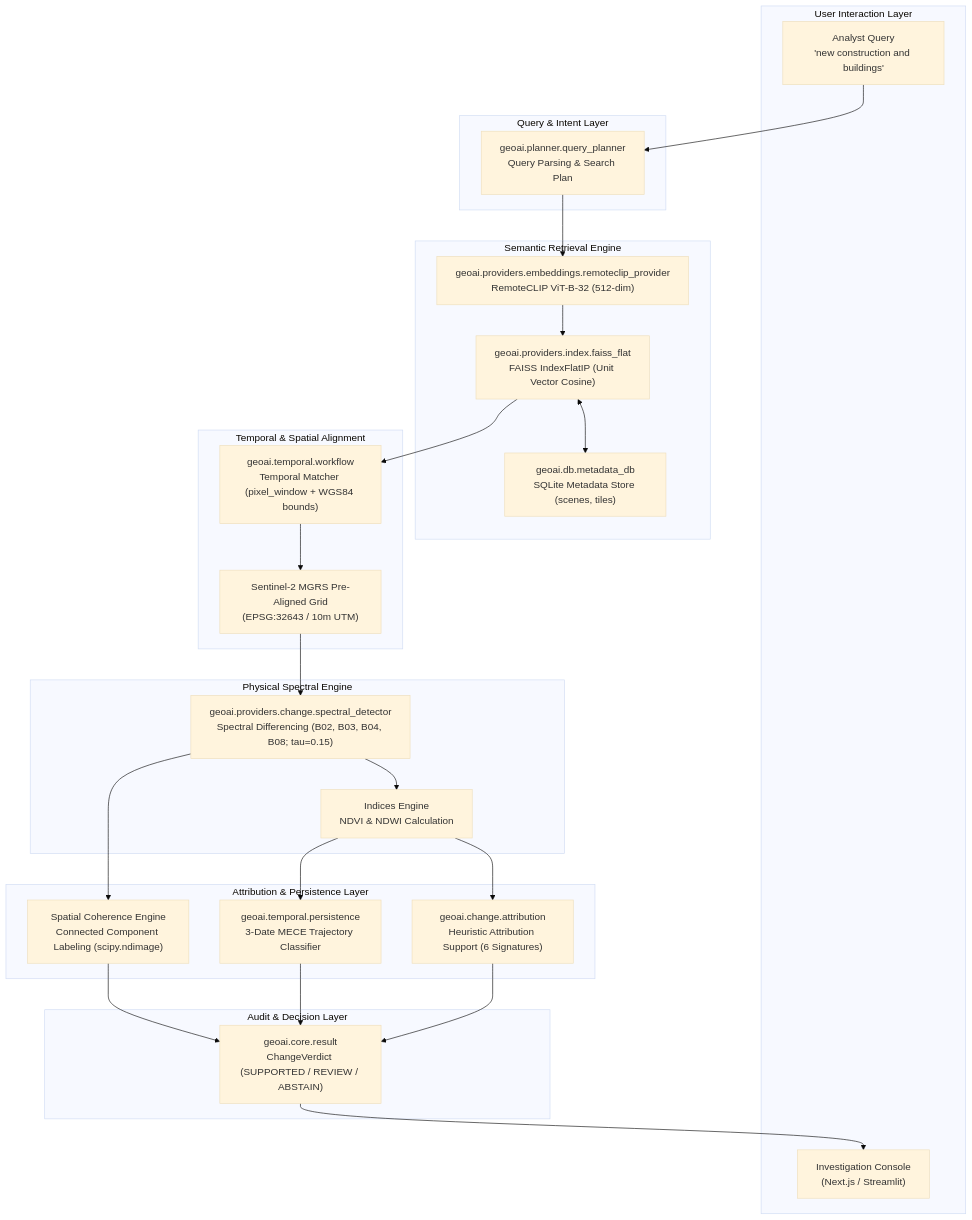
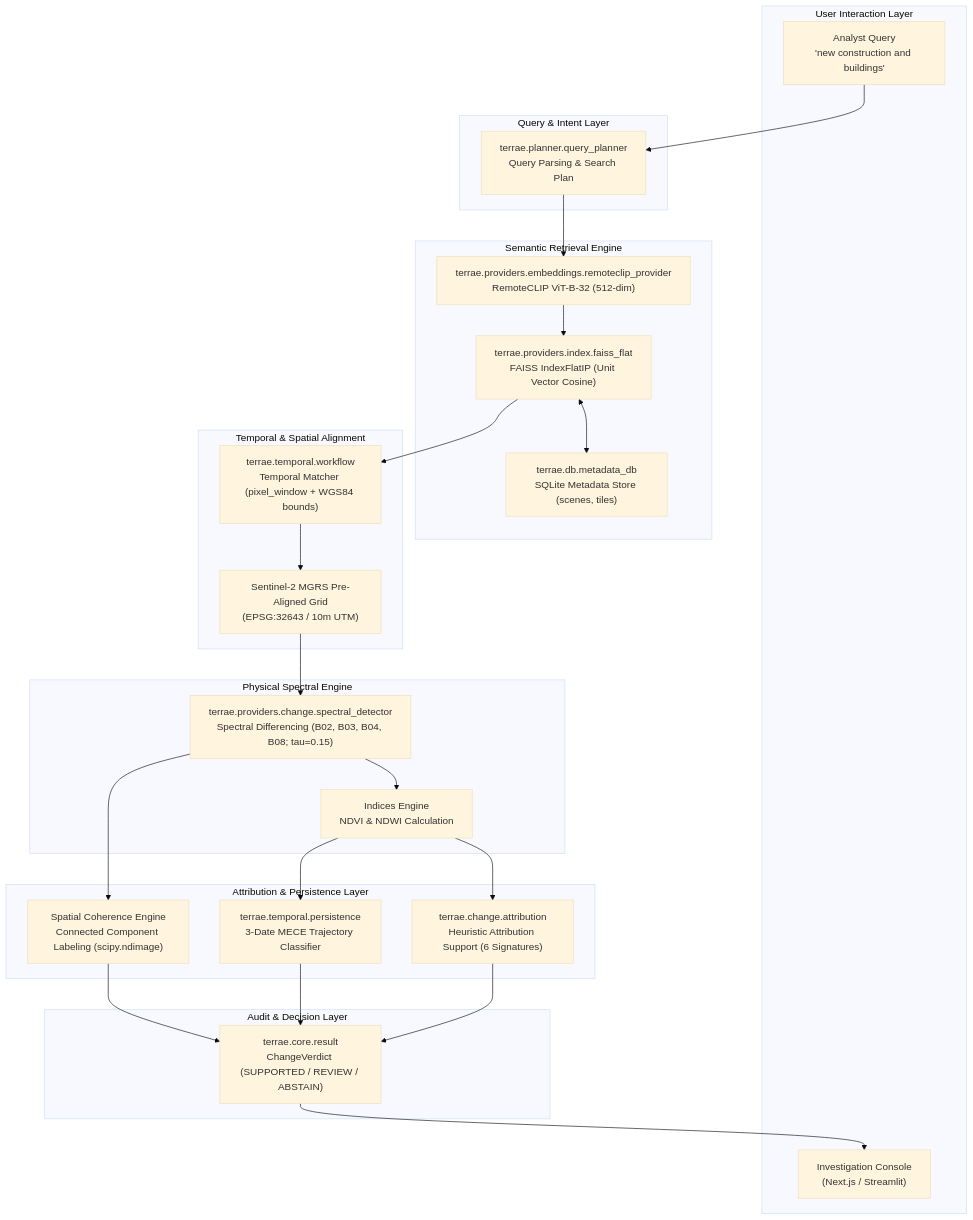
Before and after one commit to PhantomCipher13/terrae-geospatial-intelligence: the diagram in REPORT.md, drawn with Mermaid (base theme). The commit also changed other lines of this file and 124 other files, not shown here.

Commit message:
refactor: rename geoai to terrae across package, imports, databases, and docs

````diff
--- a/REPORT.md
+++ b/REPORT.md
@@ -71,53 +71,53 @@
 ```mermaid
 flowchart TD
     subgraph UI ["User Interaction Layer"]
         Q["Analyst Query\n'new construction and buildings'"]
         WS["Investigation Console\n(Next.js / Streamlit)"]
     end
 
     subgraph Intent ["Query & Intent Layer"]
-        QP["geoai.planner.query_planner\nQuery Parsing & Search Plan"]
+        QP["terrae.planner.query_planner\nQuery Parsing & Search Plan"]
     end
 
     subgraph Retrieval ["Semantic Retrieval Engine"]
-        RCLIP["geoai.providers.embeddings.remoteclip_provider\nRemoteCLIP ViT-B-32 (512-dim)"]
-        FAISS["geoai.providers.index.faiss_flat\nFAISS IndexFlatIP (Unit Vector Cosine)"]
-        MDB["geoai.db.metadata_db\nSQLite Metadata Store (scenes, tiles)"]
+        RCLIP["terrae.providers.embeddings.remoteclip_provider\nRemoteCLIP ViT-B-32 (512-dim)"]
+        FAISS["terrae.providers.index.faiss_flat\nFAISS IndexFlatIP (Unit Vector Cosine)"]
+        MDB["terrae.db.metadata_db\nSQLite Metadata Store (scenes, tiles)"]
     end
 
     subgraph Matching ["Temporal & Spatial Alignment"]
-        TMAT["geoai.temporal.workflow\nTemporal Matcher (pixel_window + WGS84 bounds)"]
+        TMAT["terrae.temporal.workflow\nTemporal Matcher (pixel_window + WGS84 bounds)"]
         S2GRID["Sentinel-2 MGRS Pre-Aligned Grid\n(EPSG:32643 / 10m UTM)"]
     end
 
     subgraph Detection ["Physical Spectral Engine"]
-        SCD["geoai.providers.change.spectral_detector\nSpectral Differencing (B02, B03, B04, B08; tau=0.15)"]
+        SCD["terrae.providers.change.spectral_detector\nSpectral Differencing (B02, B03, B04, B08; tau=0.15)"]
         IND["Indices Engine\nNDVI & NDWI Calculation"]
     end
 
     subgraph Attribution ["Attribution & Persistence Layer"]
-        ATTR["geoai.change.attribution\nHeuristic Attribution Support (6 Signatures)"]
+        ATTR["terrae.change.attribution\nHeuristic Attribution Support (6 Signatures)"]
         COH["Spatial Coherence Engine\nConnected Component Labeling (scipy.ndimage)"]
-        PERS["geoai.temporal.persistence\n3-Date MECE Trajectory Classifier"]
+        PERS["terrae.temporal.persistence\n3-Date MECE Trajectory Classifier"]
     end
 
     subgraph Decision ["Audit & Decision Layer"]
-        DEC["geoai.core.result\nChangeVerdict (SUPPORTED / REVIEW / ABSTAIN)"]
+        DEC["terrae.core.result\nChangeVerdict (SUPPORTED / REVIEW / ABSTAIN)"]
     end
 
     Q --> QP
     QP --> RCLIP
     RCLIP --> FAISS
     FAISS <--> MDB
     FAISS --> TMAT
     TMAT --> S2GRID
     S2GRID --> SCD
     SCD --> IND
     IND --> ATTR
     SCD --> COH
     IND --> PERS
     ATTR --> DEC
     COH --> DEC
     PERS --> DEC
     DEC --> WS
 ```
````
